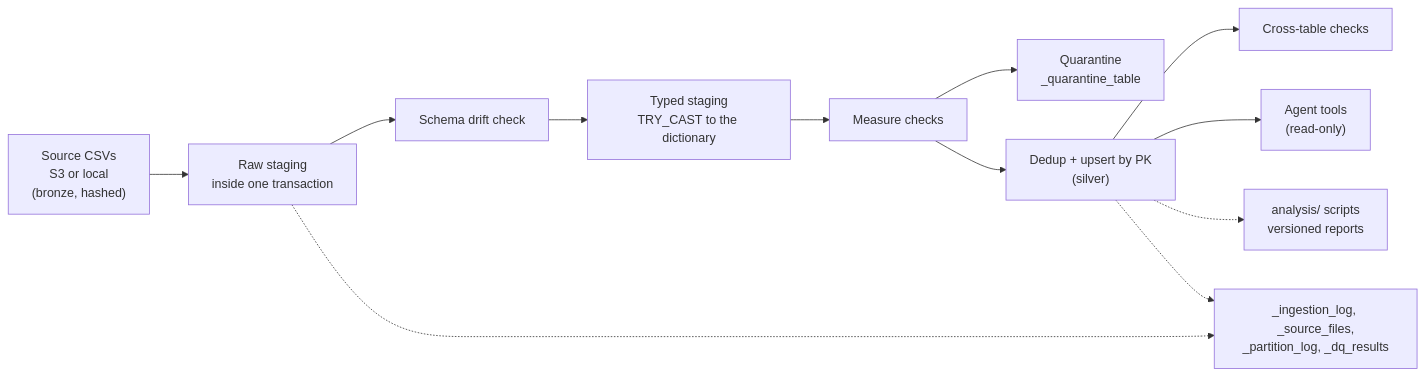
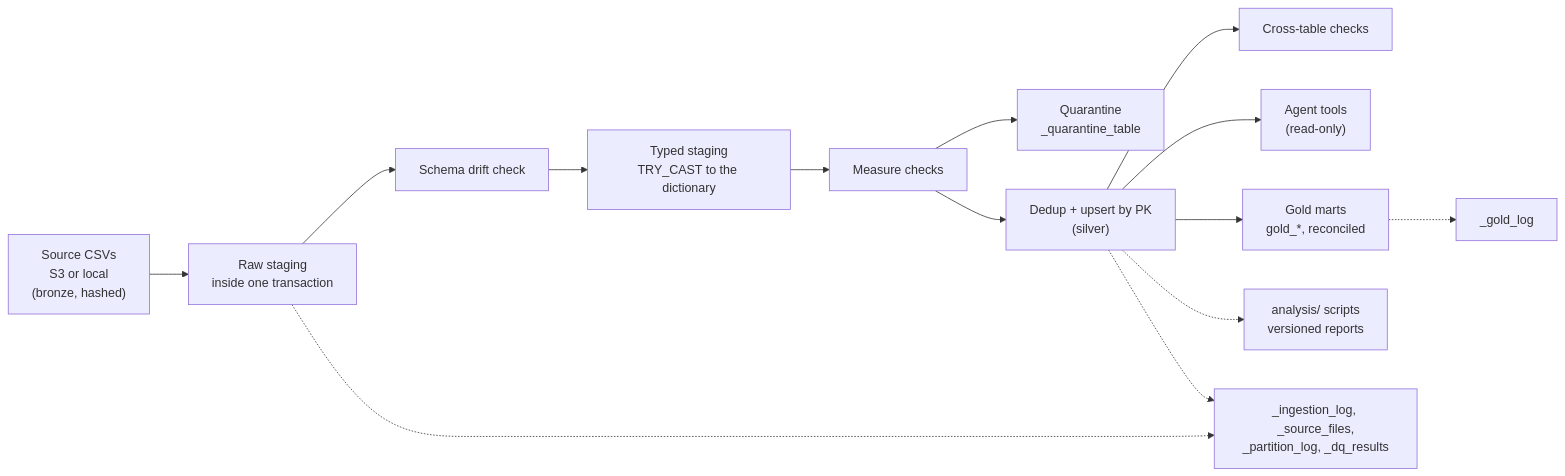
The diagram in docs/data_engineering.md (try-cecilia/factored-hackathon-2026-cecilia), drawn with Mermaid before and after one commit. The commit also changed other lines of this file and 3 other files, not shown here.

Commit message:
Gold marts built from silver, each reconciled to the rows it summarizes inside the transaction that writes it

````diff
--- a/docs/data_engineering.md
+++ b/docs/data_engineering.md
@@ -17,12 +17,14 @@
 ```mermaid
 flowchart LR
   S["Source CSVs<br>S3 or local<br>(bronze, hashed)"] --> R["Raw staging<br>inside one transaction"]
   R --> D["Schema drift check"] --> T["Typed staging<br>TRY_CAST to the dictionary"]
   T --> M["Measure checks"] --> Q["Quarantine<br>_quarantine_table"]
   M --> U["Dedup + upsert by PK<br>(silver)"]
   U --> X["Cross-table checks"]
   U --> A["Agent tools<br>(read-only)"]
-  U -.-> G["analysis/ scripts<br>versioned reports"]
+  U --> G["Gold marts<br>gold_*, reconciled"]
+  U -.-> P["analysis/ scripts<br>versioned reports"]
   R -.-> L["_ingestion_log, _source_files,<br>_partition_log, _dq_results"]
+  G -.-> L2["_gold_log"]
   U -.-> L
 ```
````
